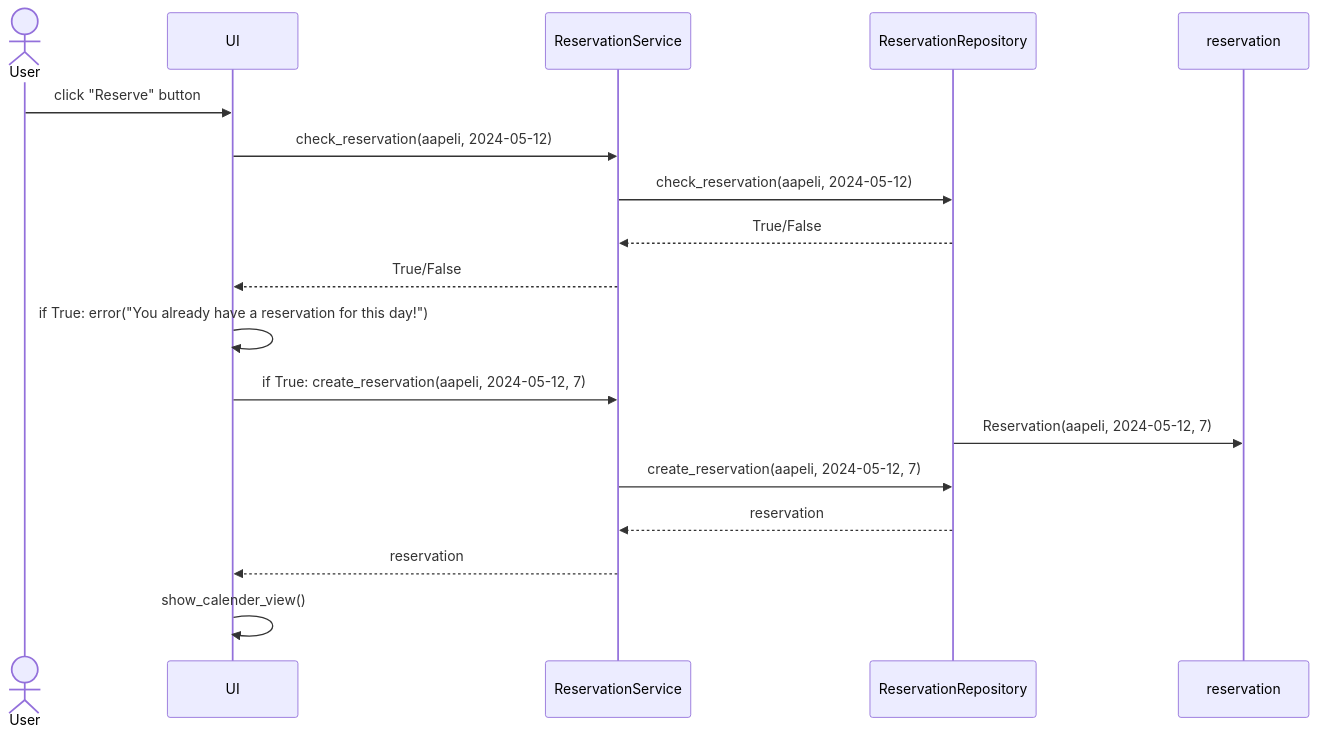
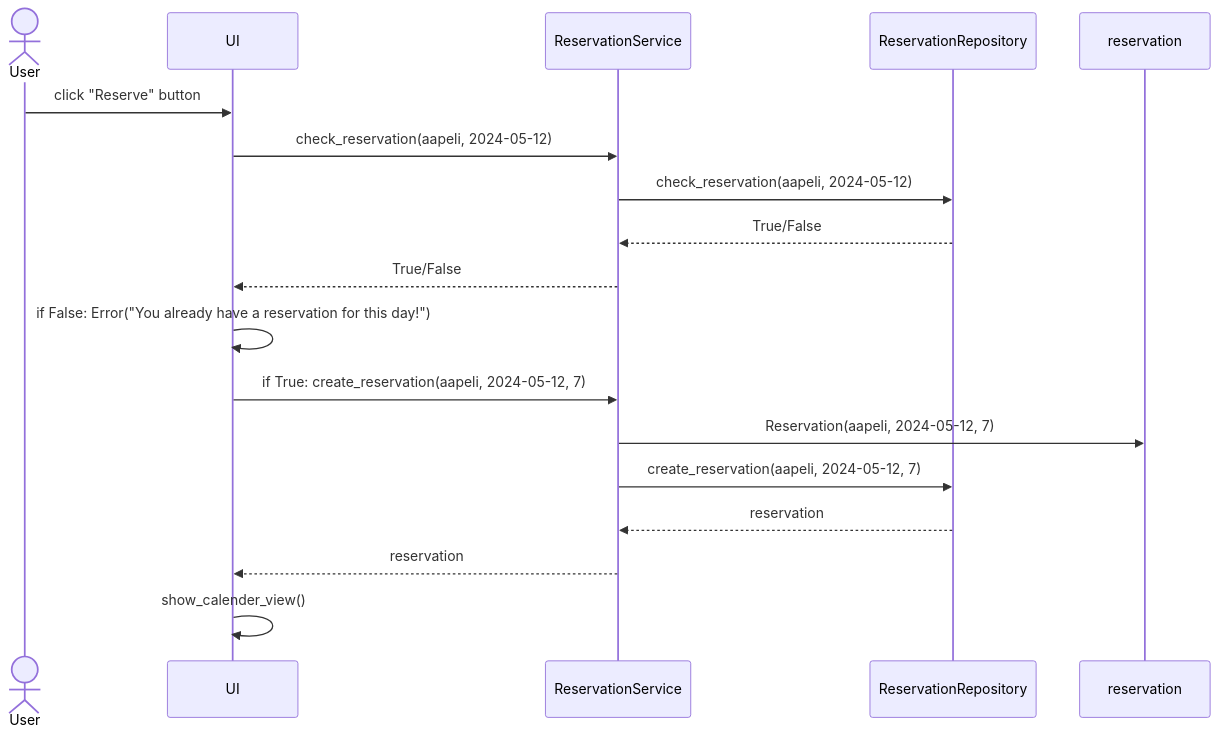
The fourth of 4 diagrams in dokumentaatio/arkkitehtuuri.md (levomaaa/ot-harjoitustyo), drawn with Mermaid before and after one commit.

````diff
--- a/dokumentaatio/arkkitehtuuri.md
+++ b/dokumentaatio/arkkitehtuuri.md
@@ -120,20 +120,20 @@
 ```mermaid
 sequenceDiagram
   actor User
   participant UI
   participant ReservationService
   participant ReservationRepository
   participant reservation
   User->>UI: click "Reserve" button
   UI->>ReservationService: check_reservation(aapeli, 2024-05-12)
   ReservationService->>ReservationRepository: check_reservation(aapeli, 2024-05-12)
   ReservationRepository-->>ReservationService: True/False
   ReservationService-->>UI: True/False
-  UI->>UI: if True: error("You already have a reservation for this day!")
+  UI->>UI: if False: Error("You already have a reservation for this day!")
   UI->>ReservationService: if True: create_reservation(aapeli, 2024-05-12, 7)
-  ReservationRepository->>reservation: Reservation(aapeli, 2024-05-12, 7) 
+  ReservationService->>reservation: Reservation(aapeli, 2024-05-12, 7) 
   ReservationService->>ReservationRepository: create_reservation(aapeli, 2024-05-12, 7)
   ReservationRepository-->>ReservationService: reservation
   ReservationService-->>UI: reservation
   UI->>UI: show_calender_view()
 ```
````
